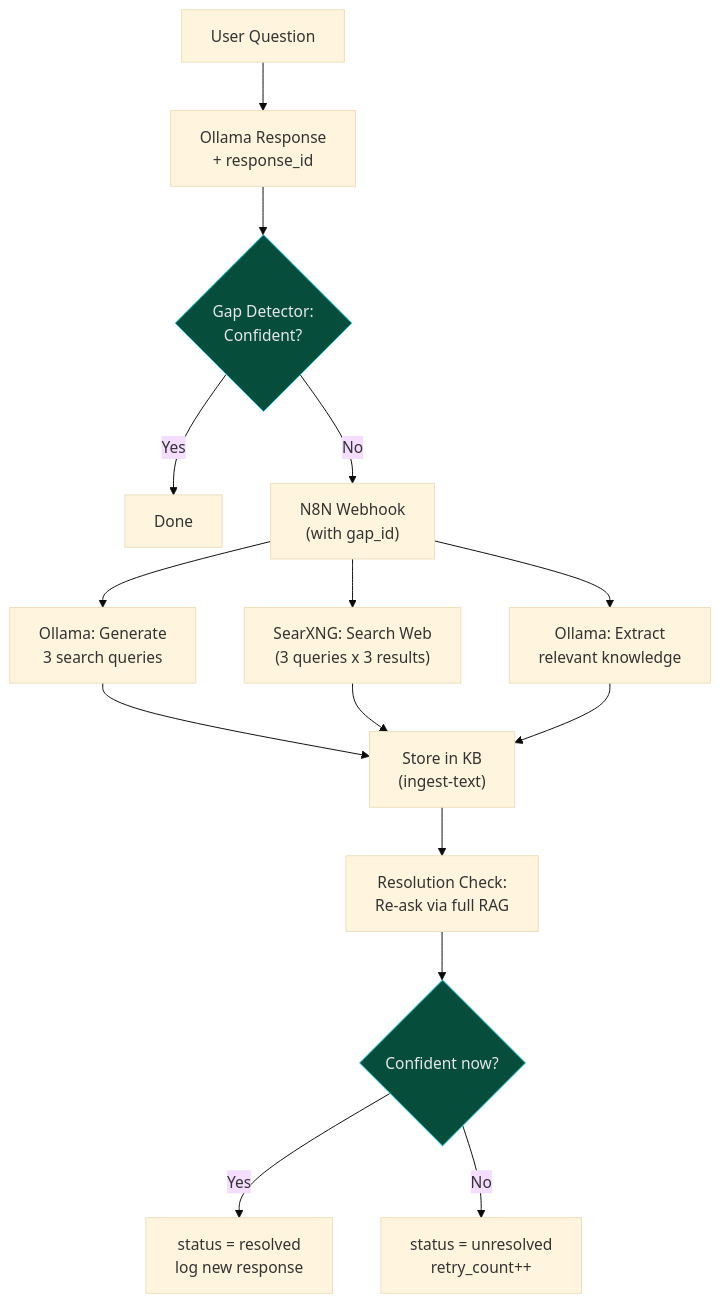
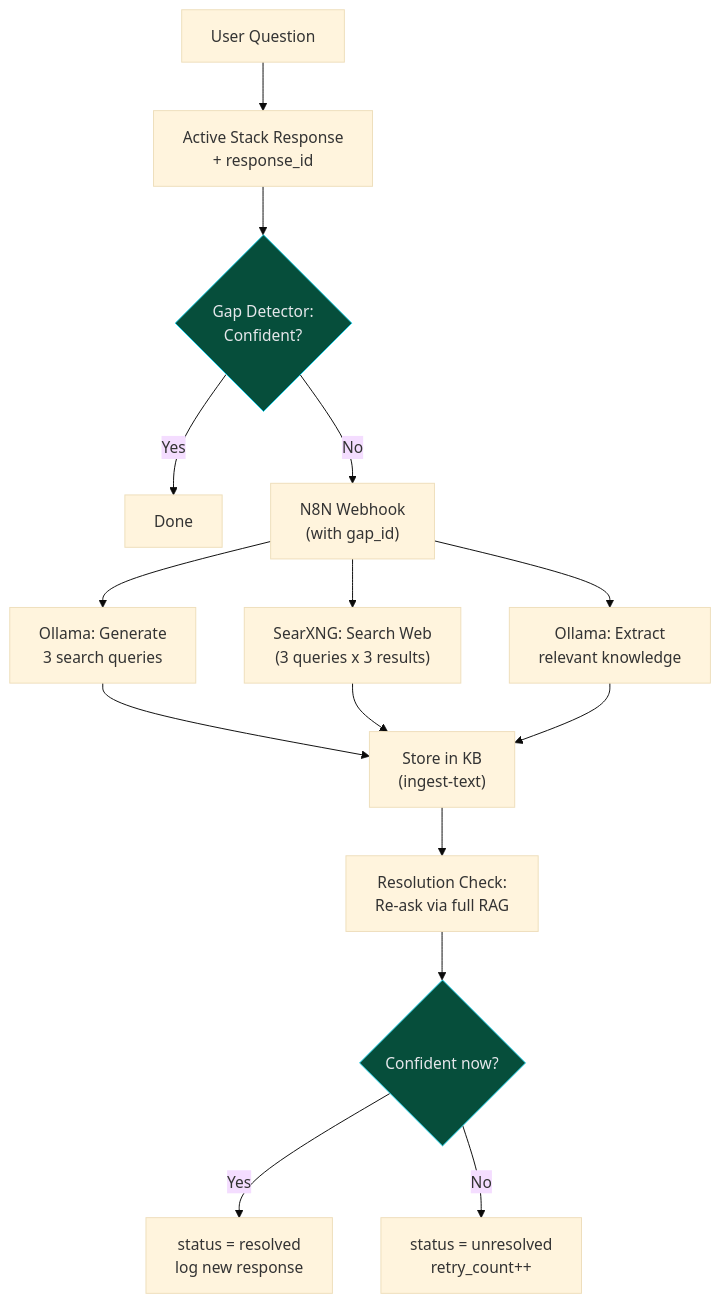
The third of 9 diagrams in README.md (sebdallais-git/PharmaCyberLLM), drawn with Mermaid (base theme) before and after one commit. The commit also changed other lines of this file, not shown here.

Commit message:
docs: document the Ollama/MLX stack switch and benchmarks

````diff
--- a/README.md
+++ b/README.md
@@ -235,21 +265,21 @@
 ```mermaid
 flowchart TD
-    A["User Question"] --> B["Ollama Response\n+ response_id"]
+    A["User Question"] --> B["Active Stack Response\n+ response_id"]
     B --> C{"Gap Detector:\nConfident?"}
     C -->|Yes| D["Done"]
     C -->|No| E["N8N Webhook\n(with gap_id)"]
 
     E --> F["Ollama: Generate\n3 search queries"]
     E --> G["SearXNG: Search Web\n(3 queries x 3 results)"]
     E --> H["Ollama: Extract\nrelevant knowledge"]
 
     F & G & H --> I["Store in KB\n(ingest-text)"]
     I --> J["Resolution Check:\nRe-ask via full RAG"]
 
     J --> K{"Confident now?"}
     K -->|Yes| L["status = resolved\nlog new response"]
     K -->|No| M["status = unresolved\nretry_count++"]
 
     style C fill:#064e3b,stroke:#22d3ee,color:#e5e7eb
     style K fill:#064e3b,stroke:#22d3ee,color:#e5e7eb
 ```
````
